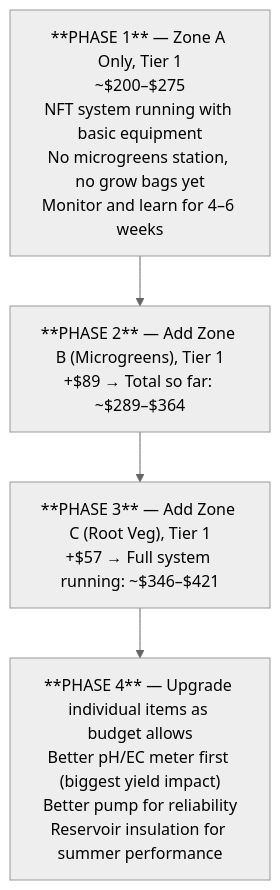
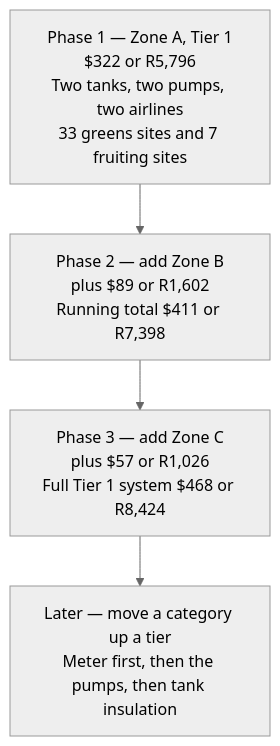
One commit to UncleJS/guide_hydroponics changed the first of 3 diagrams in guide/nft/12-budget-and-sourcing.md. Above: the diagram before and after it, drawn with Mermaid (neutral theme). The commit also changed other lines of this file and 35 other files, not shown here.

````diff
--- a/guide/nft/12-budget-and-sourcing.md
+++ b/guide/nft/12-budget-and-sourcing.md
@@ -321,9 +350,9 @@
 ```mermaid
 flowchart TD
-    P1["**PHASE 1** — Zone A Only, Tier 1<br/>~$200–$275<br/>NFT system running with basic equipment<br/>No microgreens station, no grow bags yet<br/>Monitor and learn for 4–6 weeks"]
-    P2["**PHASE 2** — Add Zone B (Microgreens), Tier 1<br/>+$89 → Total so far: ~$289–$364"]
-    P3["**PHASE 3** — Add Zone C (Root Veg), Tier 1<br/>+$57 → Full system running: ~$346–$421"]
-    P4["**PHASE 4** — Upgrade individual items as budget allows<br/>Better pH/EC meter first (biggest yield impact)<br/>Better pump for reliability<br/>Reservoir insulation for summer performance"]
+    P1["Phase 1 — Zone A, Tier 1<br/>$322 or R5,796<br/>Two tanks, two pumps, two airlines<br/>33 greens sites and 7 fruiting sites"]
+    P2["Phase 2 — add Zone B<br/>plus $89 or R1,602<br/>Running total $411 or R7,398"]
+    P3["Phase 3 — add Zone C<br/>plus $57 or R1,026<br/>Full Tier 1 system $468 or R8,424"]
+    P4["Later — move a category up a tier<br/>Meter first, then the pumps, then tank insulation"]
 
     P1 --> P2 --> P3 --> P4
 ```
````
